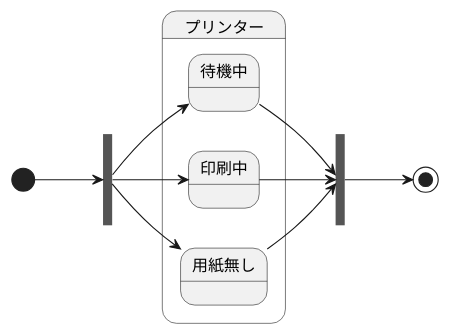
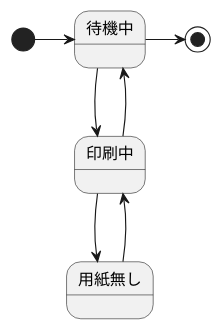
One commit to Takhshi/uml-introduction changed the diagram in 演習6-1_SD_プリンタ.pu. Above: the diagram before and after it, drawn with PlantUML.

Commit message:
演習6の修正

```diff
--- a/演習6-1_SD_プリンタ.pu
+++ b/演習6-1_SD_プリンタ.pu
@@ -1,18 +1,9 @@
 @startuml 演習6-1
-left to right direction
-state f <<fork>>
-state j <<join>>
-state プリンター {
-    state 待機中
-    state 印刷中
-    state 用紙無し
-}
-[*] --> f
-f --> 待機中
-f --> 印刷中
-f --> 用紙無し
-待機中 --> j
-印刷中 --> j
-用紙無し --> j
-j --> [*]
+' left to right direction
+[*] -right-> 待機中
+待機中 --> 印刷中
+印刷中 --> 待機中
+印刷中 --> 用紙無し
+用紙無し --> 印刷中
+待機中 -right-> [*]
 @enduml
```
